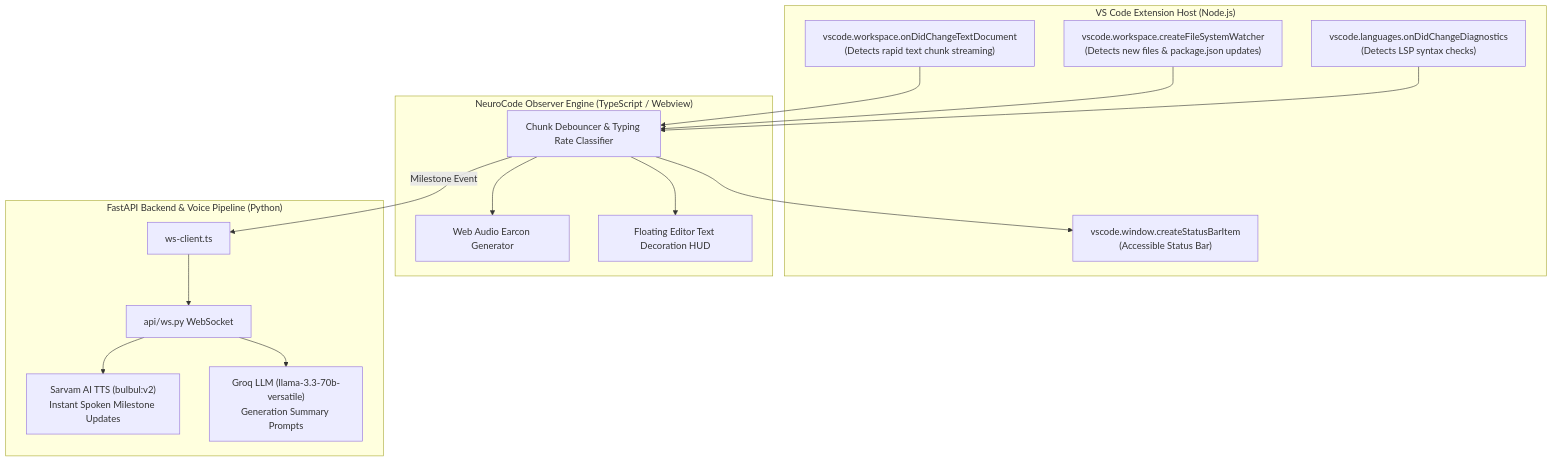
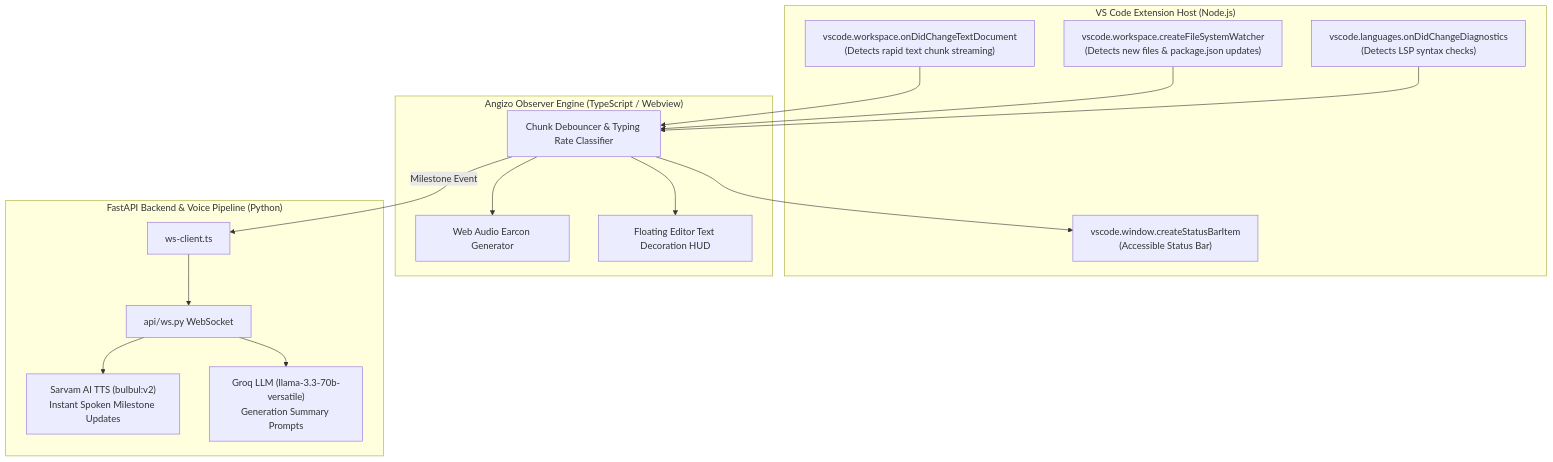
The diagram in STREAM.md (Poushali-02/Angizo), drawn with Mermaid before and after one commit. The commit also changed other lines of this file and 69 other files, not shown here.

First line of the commit message:
Rename NeuroCode to Angizo everywhere

````diff
--- a/STREAM.md
+++ b/STREAM.md
@@ -55,32 +55,32 @@
 ```mermaid
 graph TD
     subgraph "VS Code Extension Host (Node.js)"
         TextWatcher["vscode.workspace.onDidChangeTextDocument<br/>(Detects rapid text chunk streaming)"]
         FileWatcher["vscode.workspace.createFileSystemWatcher<br/>(Detects new files & package.json updates)"]
         DiagWatcher["vscode.languages.onDidChangeDiagnostics<br/>(Detects LSP syntax checks)"]
         StatusBar["vscode.window.createStatusBarItem<br/>(Accessible Status Bar)"]
     end
 
-    subgraph "NeuroCode Observer Engine (TypeScript / Webview)"
+    subgraph "Angizo Observer Engine (TypeScript / Webview)"
         Debouncer["Chunk Debouncer & Typing Rate Classifier"]
         EarconEngine["Web Audio Earcon Generator"]
         HUDOverlay["Floating Editor Text Decoration HUD"]
     end
 
     subgraph "FastAPI Backend & Voice Pipeline (Python)"
         WSClient["ws-client.ts"]
         WSAPI["api/ws.py WebSocket"]
         SarvamTTS["Sarvam AI TTS (bulbul:v2)<br/>Instant Spoken Milestone Updates"]
         GroqSummarizer["Groq LLM (llama-3.3-70b-versatile)<br/>Generation Summary Prompts"]
     end
 
     TextWatcher --> Debouncer
     FileWatcher --> Debouncer
     DiagWatcher --> Debouncer
 
     Debouncer --> EarconEngine
     Debouncer --> HUDOverlay
     Debouncer --> StatusBar
     Debouncer -- "Milestone Event" --> WSClient
     WSClient --> WSAPI --> SarvamTTS & GroqSummarizer
 ```
````
